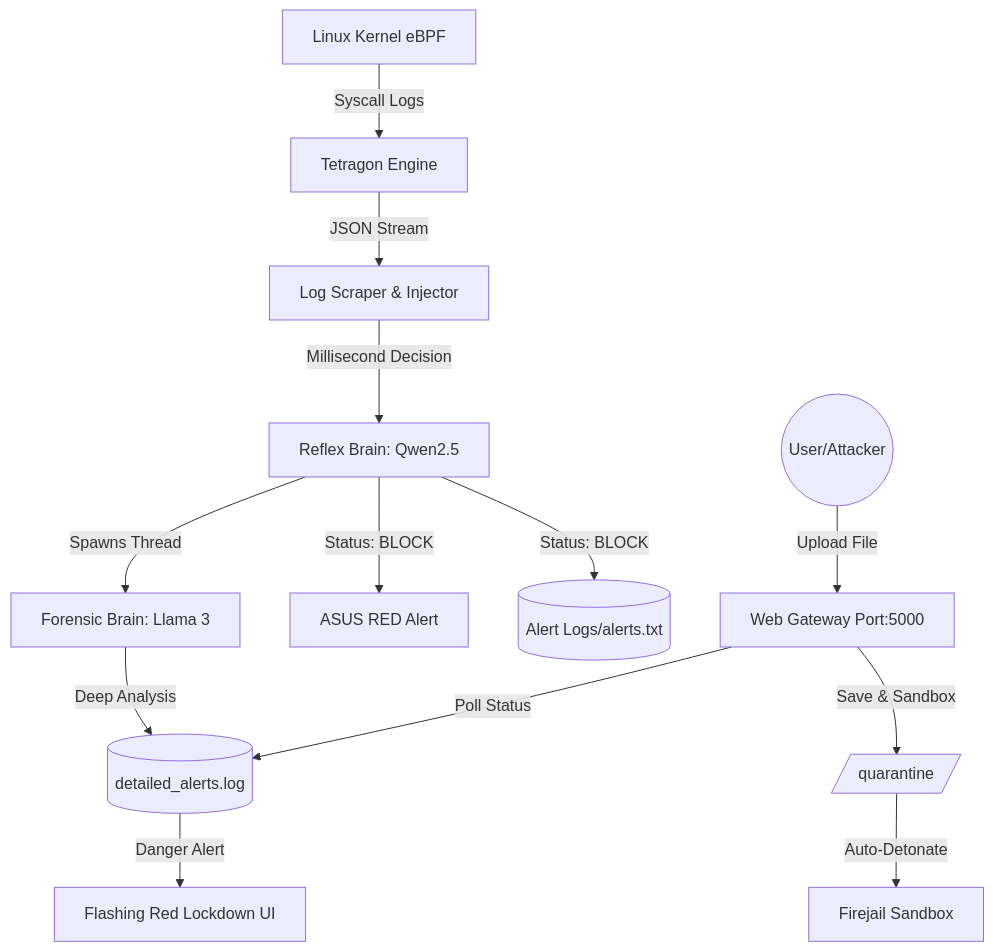
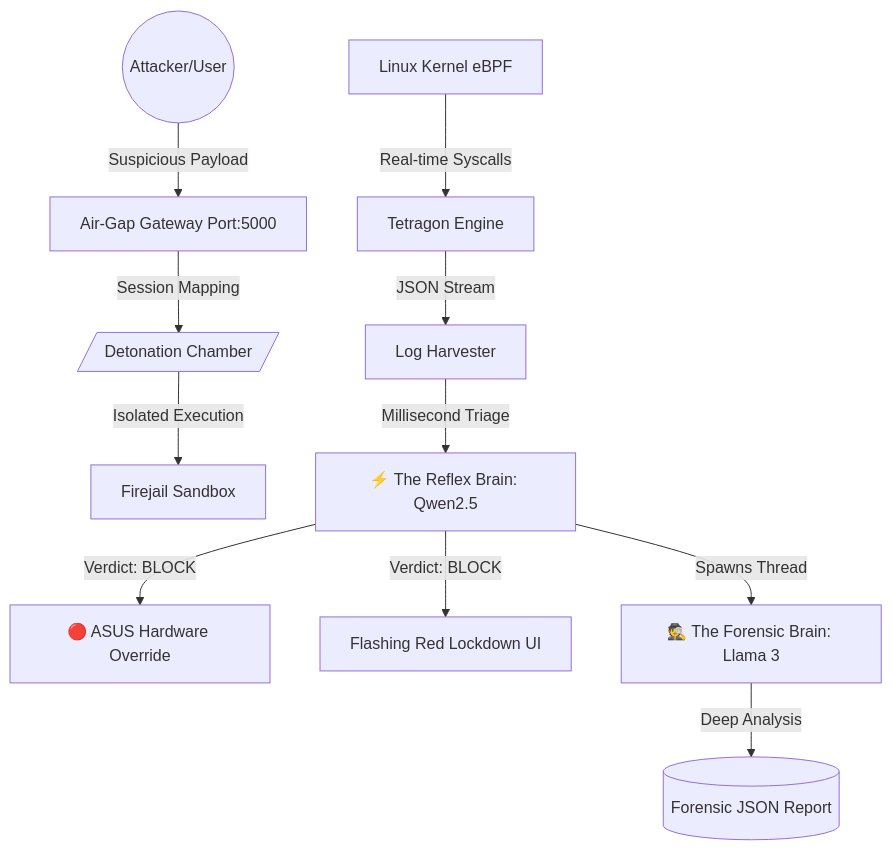
Before and after one commit to Thbetyfu/Nexus-Cyber: the diagram in README.md, drawn with Mermaid. The commit also changed other lines of this file, not shown here.

````diff
--- a/README.md
+++ b/README.md
@@ -55,18 +52,15 @@
 ```mermaid
 graph TD
-    User((User/Attacker)) -->|Upload File| Web[Web Gateway Port:5000]
-    Web -->|Save & Sandbox| Quaran[/quarantine/]
-    Quaran -->|Auto-Detonate| Firejail[Firejail Sandbox]
-    Kernel[Linux Kernel eBPF] -->|Syscall Logs| Tetra[Tetragon Engine]
-    Tetra -->|JSON Stream| Tracker[Log Scraper & Injector]
+    User((Attacker/User)) -->|Suspicious Payload| Web[Air-Gap Gateway Port:5000]
+    Web -->|Session Mapping| Quaran[/Detonation Chamber/]
+    Quaran -->|Isolated Execution| Firejail[Firejail Sandbox]
+    Kernel[Linux Kernel eBPF] -->|Real-time Syscalls| Tetra[Tetragon Engine]
+    Tetra -->|JSON Stream| Scraper[Log Harvester]
     
-    Tracker -->|Millisecond Decision| Reflex[Reflex Brain: Qwen2.5]
-    Reflex -->|Status: BLOCK| Hardware[ASUS RED Alert]
-    Reflex -->|Status: BLOCK| Logs[(Alert Logs/alerts.txt)]
+    Scraper -->|Millisecond Triage| Reflex[⚡ The Reflex Brain: Qwen2.5]
+    Reflex -->|Verdict: BLOCK| Hardware[🔴 ASUS Hardware Override]
+    Reflex -->|Verdict: BLOCK| UI[Flashing Red Lockdown UI]
     
-    Reflex -->|Spawns Thread| Forensic[Forensic Brain: Llama 3]
-    Forensic -->|Deep Analysis| LogsDetailed[(detailed_alerts.log)]
-    
-    Web -->|Poll Status| LogsDetailed
-    LogsDetailed -->|Danger Alert| UI[Flashing Red Lockdown UI]
+    Reflex -->|Spawns Thread| Forensic[🕵️ The Forensic Brain: Llama 3]
+    Forensic -->|Deep Analysis| LogsDetailed[(Forensic JSON Report)]
 ```
````
